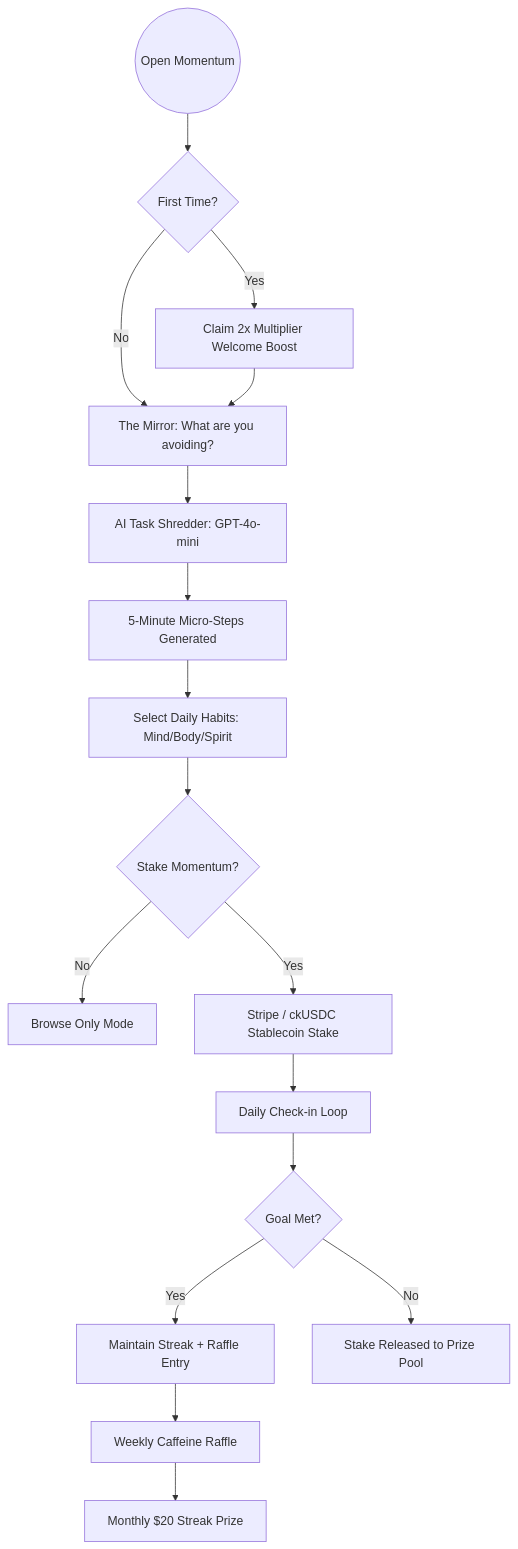
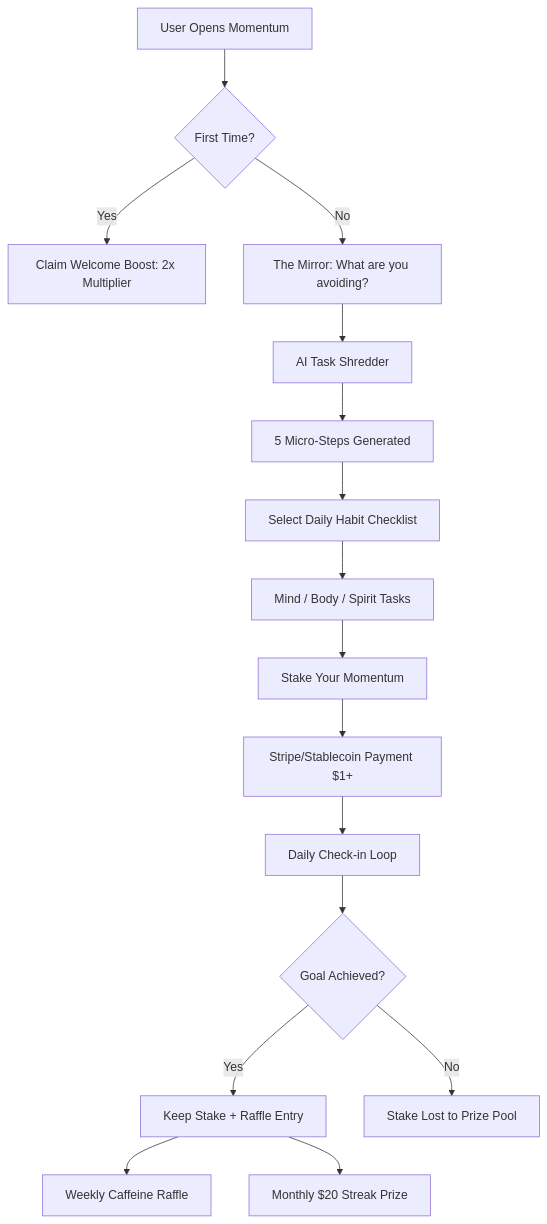
The diagram in README.md (ozkite/momentum-app), drawn with Mermaid before and after one commit. The commit also changed other lines of this file, not shown here.

````diff
--- a/README.md
+++ b/README.md
@@ -42,27 +108,25 @@
-``` mermaid
-flowchart TD
-    Start((Open Momentum)) --> Welcome{First Time?}
+```mermaid
+graph TD
+    A[User Opens Momentum] --> B{First Time?}
+    B -- Yes --> C[Claim Welcome Boost: 2x Multiplier]
+    B -- No --> D[The Mirror: What are you avoiding?]
     
-    Welcome -- Yes --> Boost[Claim 2x Multiplier Welcome Boost]
-    Welcome -- No --> Mirror[The Mirror: What are you avoiding?]
+    D --> E[AI Task Shredder]
+    E --> F[5 Micro-Steps Generated]
     
-    Boost --> Mirror
+    F --> G[Select Daily Habit Checklist]
+    G --> H[Mind / Body / Spirit Tasks]
     
-    Mirror --> AI[AI Task Shredder: GPT-4o-mini]
-    AI --> Steps[5-Minute Micro-Steps Generated]
+    H --> I[Stake Your Momentum]
+    I --> J[Stripe/Stablecoin Payment $1+]
     
-    Steps --> Select[Select Daily Habits: Mind/Body/Spirit]
+    J --> K[Daily Check-in Loop]
+    K --> L{Goal Achieved?}
     
-    Select --> Stake{Stake Momentum?}
-    Stake -- No --> Browse[Browse Only Mode]
-    Stake -- Yes --> Payment[Stripe / ckUSDC Stablecoin Stake]
+    L -- Yes --> M[Keep Stake + Raffle Entry]
+    L -- No --> N[Stake Lost to Prize Pool]
     
-    Payment --> Daily[Daily Check-in Loop]
-    
-    Daily --> Verify{Goal Met?}
-    Verify -- Yes --> Progress[Maintain Streak + Raffle Entry]
-    Verify -- No --> Loss[Stake Released to Prize Pool]
-    
-    Progress --> Weekly[Weekly Caffeine Raffle]
-    Weekly --> Monthly[Monthly $20 Streak Prize]
+    M --> O[Weekly Caffeine Raffle]
+    M --> P[Monthly $20 Streak Prize]
+
 ```
````
